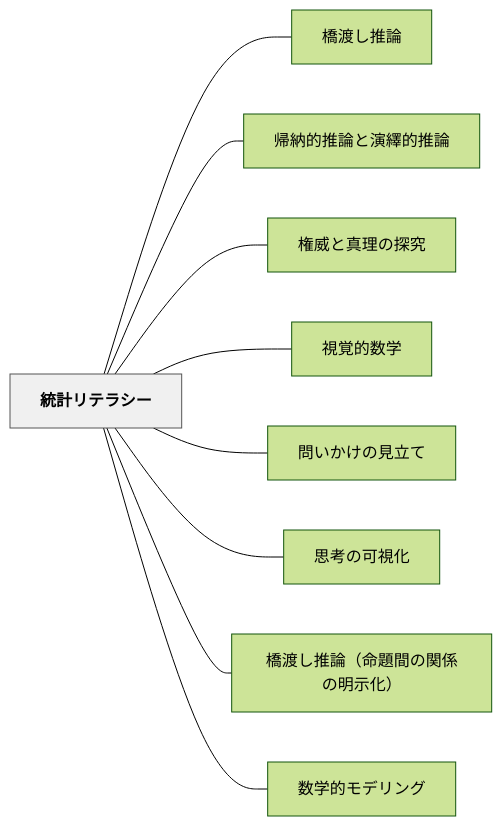
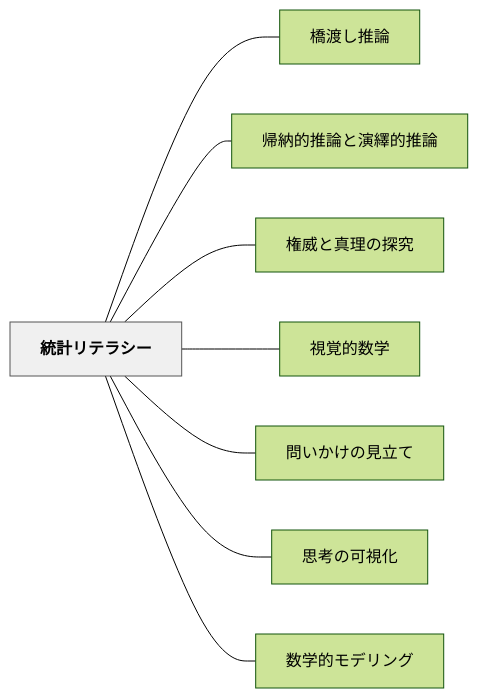
Before and after one commit to unknownthings-ed-patterns/unknownthings-ed-patterns: the diagram in content/パタン/統計リテラシー.md, drawn with Mermaid (forest theme). The commit also changed other lines of this file and 18 other files, not shown here.

````diff
--- a/content/パタン/統計リテラシー.md
+++ b/content/パタン/統計リテラシー.md
@@ -113,24 +112,22 @@
 ```mermaid
 flowchart LR
     ne7b5b1e8a888e383aae38386e383a9e382b7e383bc["統計リテラシー"]
     ne6a98be6b8a1e38197e68ea8e8ab96["橋渡し推論"]
     ne5b8b0e7b48de79a84e68ea8e8ab96e381a8e6bc94e7b9b9e79a84e68ea8e8ab96["帰納的推論と演繹的推論"]
     ne6a8a9e5a881e381a8e79c9fe79086e381aee68ea2e7a9b6["権威と真理の探究"]
     ne8a696e8a69ae79a84e695b0e5ada6["視覚的数学"]
     ne5958fe38184e3818be38191e381aee8a68be7ab8be381a6["問いかけの見立て"]
     ne6809de88083e381aee58fafe8a696e58c96["思考の可視化"]
-    ne6a98be6b8a1e38197e68ea8e8ab96efbc88e591bde9a18ce99693e381aee996a2e4bf82e381aee6988ee7a4bae58c96efbc89["橋渡し推論（命題間の関係の明示化）"]
     ne695b0e5ada6e79a84e383a2e38387e383aae383b3e382b0["数学的モデリング"]
 
     ne7b5b1e8a888e383aae38386e383a9e382b7e383bc --- ne6a98be6b8a1e38197e68ea8e8ab96
     ne7b5b1e8a888e383aae38386e383a9e382b7e383bc --- ne5b8b0e7b48de79a84e68ea8e8ab96e381a8e6bc94e7b9b9e79a84e68ea8e8ab96
     ne7b5b1e8a888e383aae38386e383a9e382b7e383bc --- ne6a8a9e5a881e381a8e79c9fe79086e381aee68ea2e7a9b6
     ne7b5b1e8a888e383aae38386e383a9e382b7e383bc --- ne8a696e8a69ae79a84e695b0e5ada6
     ne7b5b1e8a888e383aae38386e383a9e382b7e383bc --- ne5958fe38184e3818be38191e381aee8a68be7ab8be381a6
     ne7b5b1e8a888e383aae38386e383a9e382b7e383bc --- ne6809de88083e381aee58fafe8a696e58c96
-    ne7b5b1e8a888e383aae38386e383a9e382b7e383bc --- ne6a98be6b8a1e38197e68ea8e8ab96efbc88e591bde9a18ce99693e381aee996a2e4bf82e381aee6988ee7a4bae58c96efbc89
     ne7b5b1e8a888e383aae38386e383a9e382b7e383bc --- ne695b0e5ada6e79a84e383a2e38387e383aae383b3e382b0
 
     classDef hub fill:#f0f0f0,stroke:#555,color:#000,font-weight:bold
     class ne7b5b1e8a888e383aae38386e383a9e382b7e383bc hub
 ```
````
